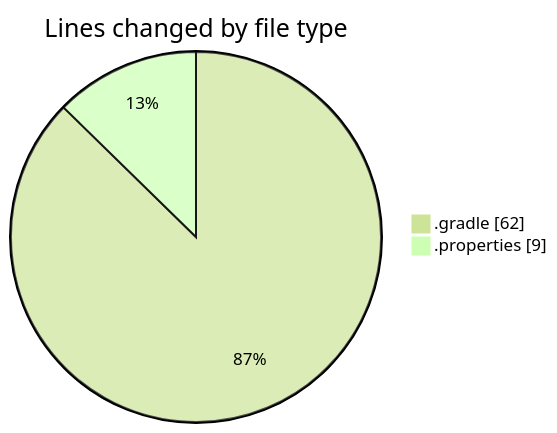
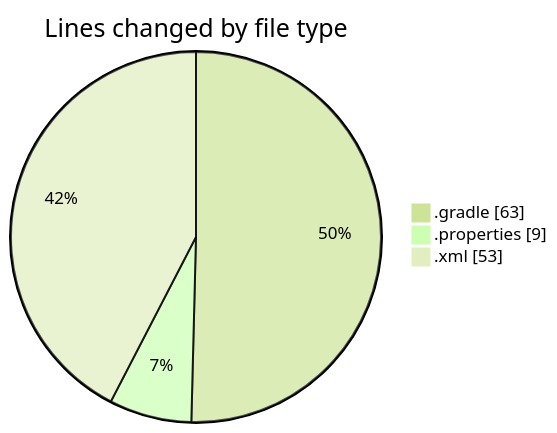
Before and after one commit to donsfak/code-tracking: the first of 2 diagrams in 2025-02-01/maps_clone/README.md, drawn with Mermaid (forest theme). The commit also changed other lines of this file and 1 other file, not shown here.

````diff
--- a/2025-02-01/maps_clone/README.md
+++ b/2025-02-01/maps_clone/README.md
@@ -23,6 +24,7 @@
 ```mermaid
 pie showData
 title Lines changed by file type
-".gradle" : 62
+".gradle" : 63
 ".properties" : 9
+".xml" : 53
 ```
````
